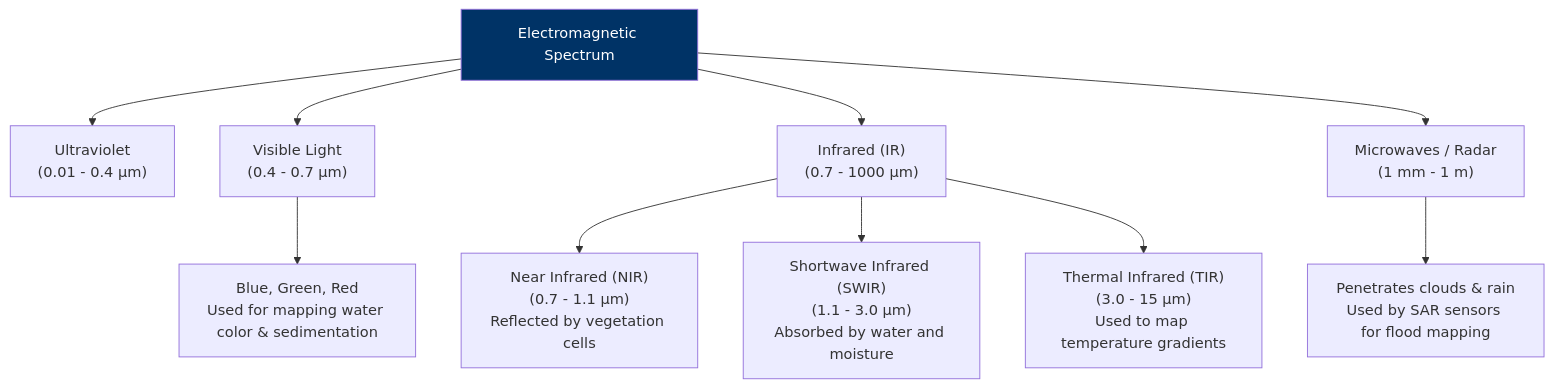
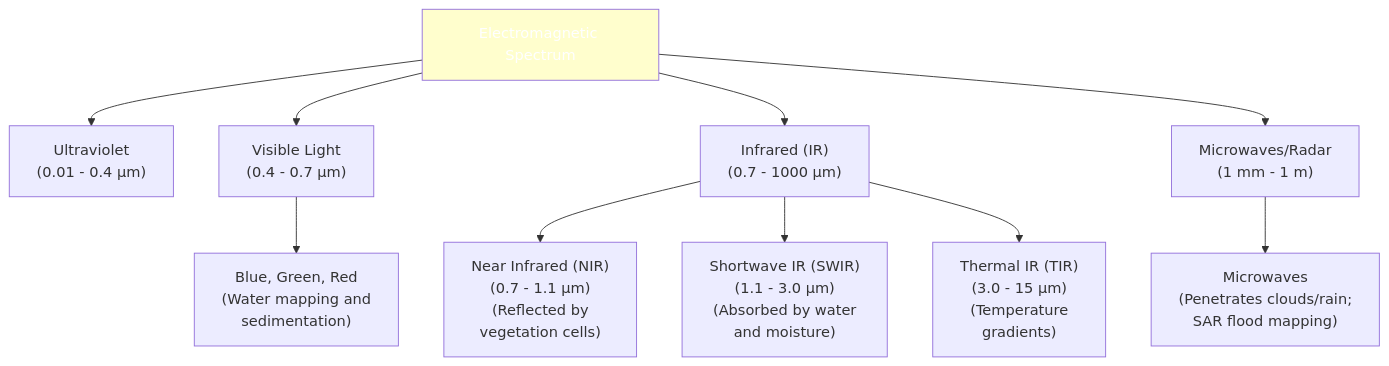
Before and after one commit to Rotten-Grapes-Pvt-Ltd/QGIS-WECS: the first of 3 diagrams in docs/day2/01_intro_remote_sensing.md, drawn with Mermaid. The commit also changed other lines of this file and 48 other files, not shown here.

````diff
--- a/docs/day2/01_intro_remote_sensing.md
+++ b/docs/day2/01_intro_remote_sensing.md
@@ -34,16 +34,16 @@
 ```mermaid
 graph TD
     EM["Electromagnetic Spectrum"] --> UV["Ultraviolet<br/>(0.01 - 0.4 µm)"]
     EM --> VIS["Visible Light<br/>(0.4 - 0.7 µm)"]
     EM --> IR["Infrared (IR)<br/>(0.7 - 1000 µm)"]
-    EM --> MW["Microwaves / Radar<br/>(1 mm - 1 m)"]
+    EM --> MW["Microwaves/Radar<br/>(1 mm - 1 m)"]
 
-    VIS --> VIS_D["Blue, Green, Red<br/>Used for mapping water color & sedimentation"]
-    IR --> NIR["Near Infrared (NIR)<br/>(0.7 - 1.1 µm)<br/>Reflected by vegetation cells"]
-    IR --> SWIR["Shortwave Infrared (SWIR)<br/>(1.1 - 3.0 µm)<br/>Absorbed by water and moisture"]
-    IR --> TIR["Thermal Infrared (TIR)<br/>(3.0 - 15 µm)<br/>Used to map temperature gradients"]
+    VIS --> VIS_D["Blue, Green, Red<br/>(Water mapping and<br/>sedimentation)"]
+    IR --> NIR["Near Infrared (NIR)<br/>(0.7 - 1.1 µm)<br/>(Reflected by<br/>vegetation cells)"]
+    IR --> SWIR["Shortwave IR (SWIR)<br/>(1.1 - 3.0 µm)<br/>(Absorbed by water<br/>and moisture)"]
+    IR --> TIR["Thermal IR (TIR)<br/>(3.0 - 15 µm)<br/>(Temperature<br/>gradients)"]
     
-    MW --> MW_D["Penetrates clouds & rain<br/>Used by SAR sensors for flood mapping"]
+    MW --> MW_D["Microwaves<br/>(Penetrates clouds/rain;<br/>SAR flood mapping)"]
 
-    style EM fill:#003366,color:#fff
+    style EM fill:#fffecd,color:#fff
 ```
````
